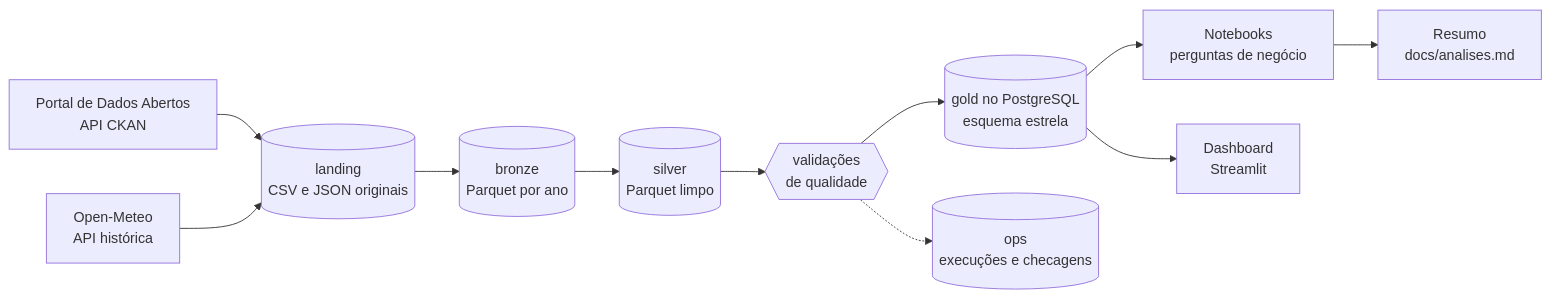
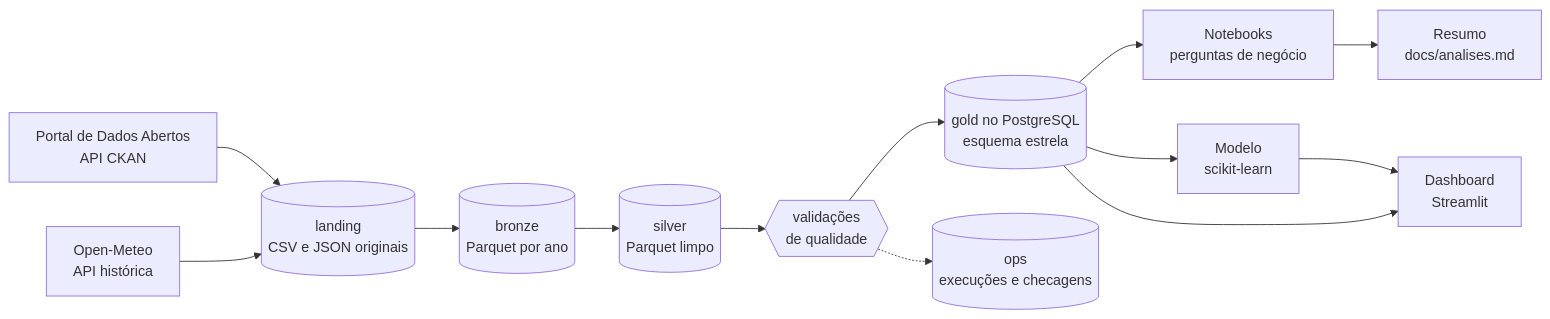
One commit to nogsposito/recife-156 changed the first of 2 diagrams in README.md. Above: the diagram before and after it, drawn with Mermaid. The commit also changed other lines of this file and 17 other files, not shown here.

````diff
--- a/README.md
+++ b/README.md
@@ -22,13 +22,15 @@
 ```mermaid
 flowchart LR
     A[Portal de Dados Abertos<br/>API CKAN] --> L[(landing<br/>CSV e JSON originais)]
     W[Open-Meteo<br/>API histórica] --> L
     L --> B[(bronze<br/>Parquet por ano)]
     B --> S[(silver<br/>Parquet limpo)]
     S --> Q{{validações<br/>de qualidade}}
     Q --> G[(gold no PostgreSQL<br/>esquema estrela)]
     Q -.-> O[(ops<br/>execuções e checagens)]
     G --> N[Notebooks<br/>perguntas de negócio]
     N --> R[Resumo<br/>docs/analises.md]
-    G --> D[Dashboard<br/>Streamlit]
+    G --> M[Modelo<br/>scikit-learn]
+    M --> D[Dashboard<br/>Streamlit]
+    G --> D
 ```
````
